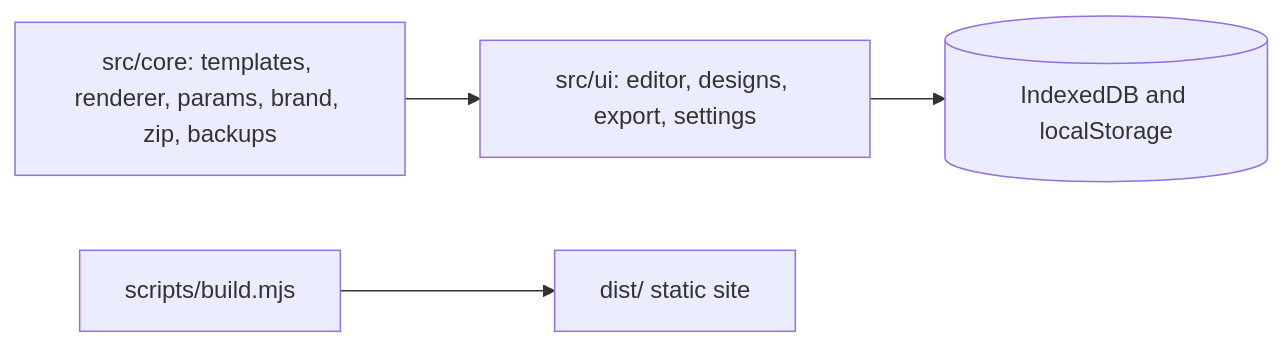
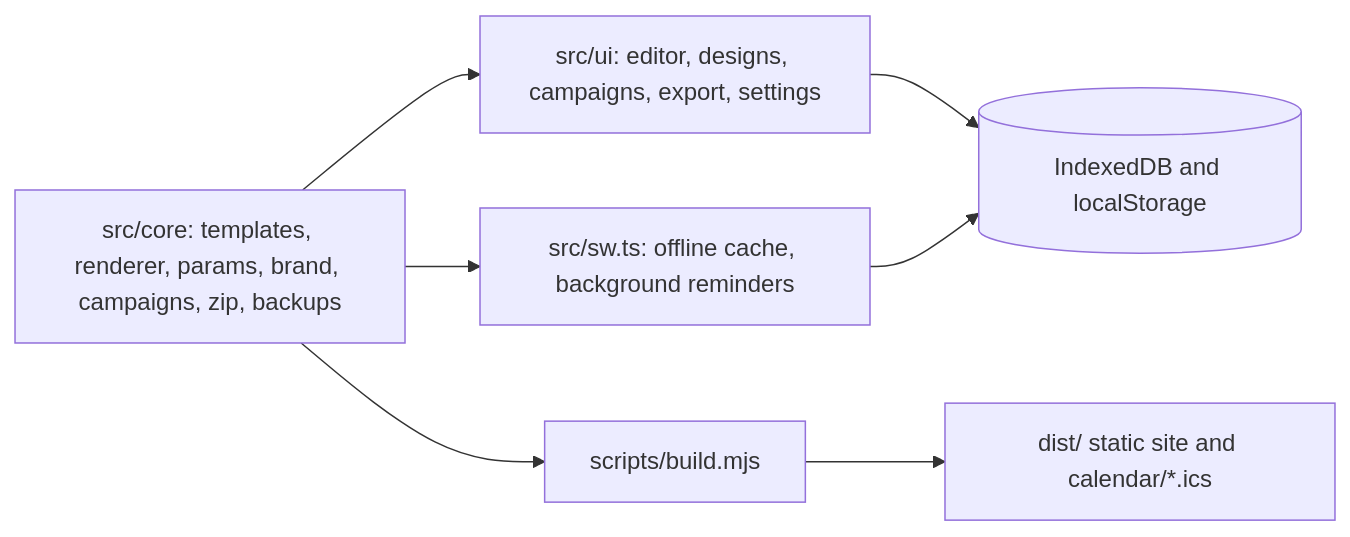
One commit to Sean12697/camra-social-graphic-studio changed the diagram in README.md. Above: the diagram before and after it, drawn with Mermaid. The commit also changed other lines of this file and 27 other files, not shown here.

Commit message:
v2.4.0: campaign reminders, drafts and live calendar feeds

````diff
--- a/README.md
+++ b/README.md
@@ -31,6 +41,9 @@
 ```mermaid
 flowchart LR
-  core["src/core: templates, renderer, params, brand, zip, backups"] --> ui["src/ui: editor, designs, export, settings"]
+  core["src/core: templates, renderer, params, brand, campaigns, zip, backups"] --> ui["src/ui: editor, designs, campaigns, export, settings"]
+  core --> sw["src/sw.ts: offline cache, background reminders"]
   ui --> store[("IndexedDB and localStorage")]
-  build["scripts/build.mjs"] --> dist["dist/ static site"]
+  sw --> store
+  build["scripts/build.mjs"] --> dist["dist/ static site and calendar/*.ics"]
+  core --> build
 ```
````
